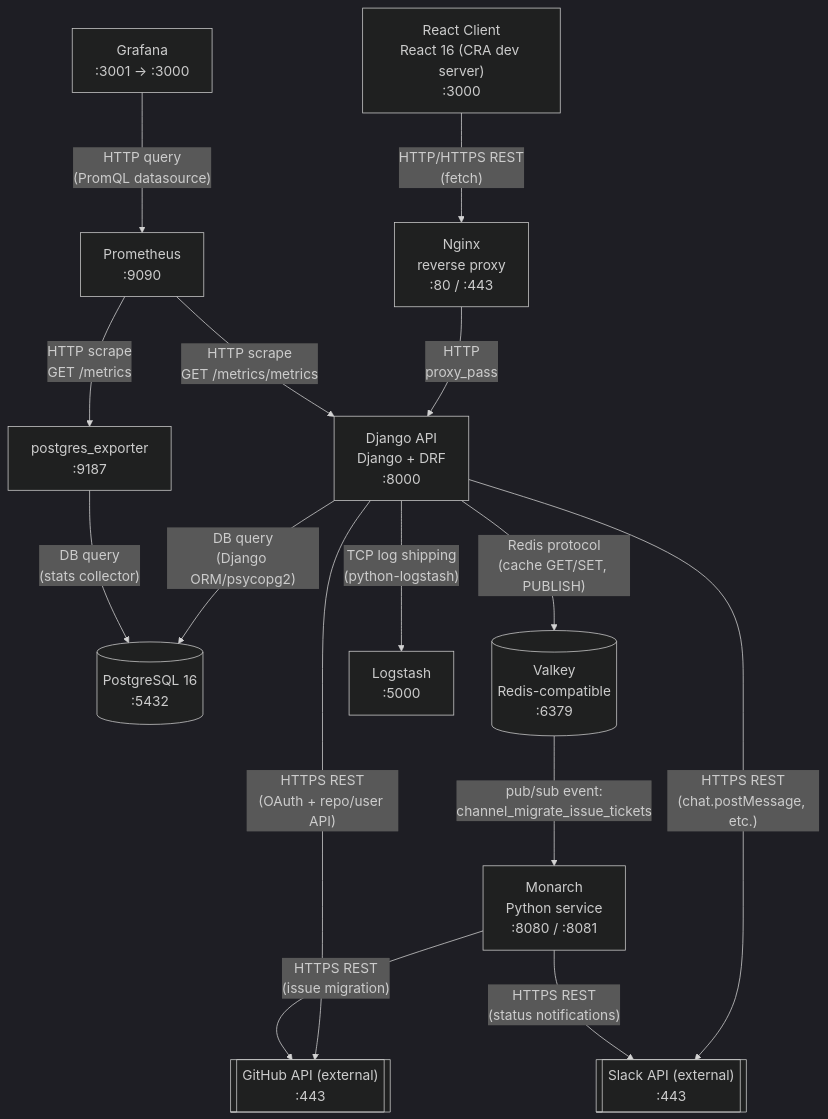
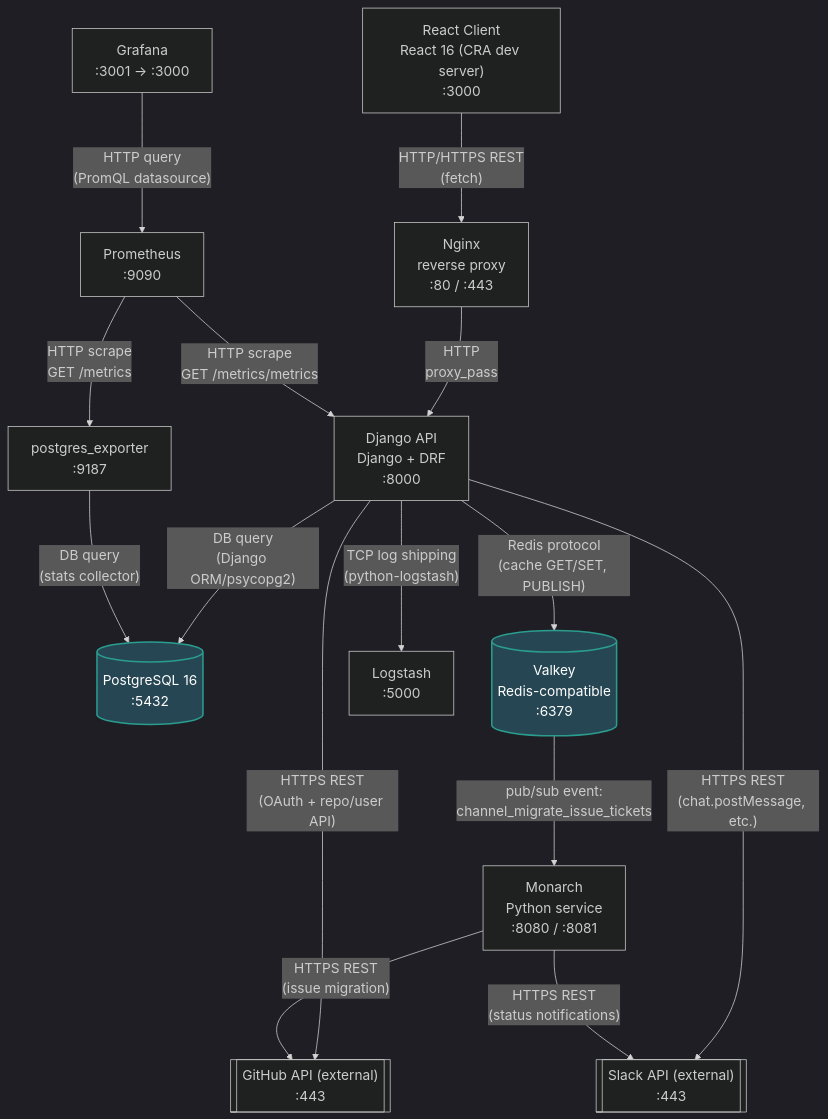
The diagram in system-map-ai.md (KaiSwain/learn-ops-infrastructure), drawn with Mermaid before and after one commit.

Commit message:
Add system map AI

````diff
--- a/system-map-ai.md
+++ b/system-map-ai.md
@@ -1,31 +1,34 @@
 ```mermaid
 %%{init: {'theme': 'dark', 'themeVariables': {'fontSize': '18px'}, 'flowchart': {'nodeSpacing': 50, 'rankSpacing': 90}}}%%
 graph TB
     Client["React Client<br/>React 16 (CRA dev server)<br/>:3000"]
     Nginx["Nginx<br/>reverse proxy<br/>:80 / :443"]
     API["Django API<br/>Django + DRF<br/>:8000"]
     DB[("PostgreSQL 16<br/>:5432")]
     Valkey[("Valkey<br/>Redis-compatible<br/>:6379")]
     Monarch["Monarch<br/>Python service<br/>:8080 / :8081"]
     Logstash["Logstash<br/>:5000"]
     Prometheus["Prometheus<br/>:9090"]
     PGExporter["postgres_exporter<br/>:9187"]
     Grafana["Grafana<br/>:3001 -> :3000"]
     GitHub[["GitHub API (external)<br/>:443"]]
     Slack[["Slack API (external)<br/>:443"]]
 
     Client -->|"HTTP/HTTPS REST<br/>(fetch)"| Nginx
     Nginx -->|"HTTP<br/>proxy_pass"| API
     API -->|"DB query<br/>(Django ORM/psycopg2)"| DB
     API -->|"Redis protocol<br/>(cache GET/SET, PUBLISH)"| Valkey
     API -->|"TCP log shipping<br/>(python-logstash)"| Logstash
     API -->|"HTTPS REST<br/>(OAuth + repo/user API)"| GitHub
     API -->|"HTTPS REST<br/>(chat.postMessage, etc.)"| Slack
     Valkey -->|"pub/sub event:<br/>channel_migrate_issue_tickets"| Monarch
     Monarch -->|"HTTPS REST<br/>(issue migration)"| GitHub
     Monarch -->|"HTTPS REST<br/>(status notifications)"| Slack
     Prometheus -->|"HTTP scrape<br/>GET /metrics/metrics"| API
     Prometheus -->|"HTTP scrape<br/>GET /metrics"| PGExporter
     PGExporter -->|"DB query<br/>(stats collector)"| DB
     Grafana -->|"HTTP query<br/>(PromQL datasource)"| Prometheus
+
+    classDef dbNode fill:#264653,stroke:#2a9d8f,stroke-width:2px,color:#ffffff
+    class DB,Valkey dbNode
 ```
````
